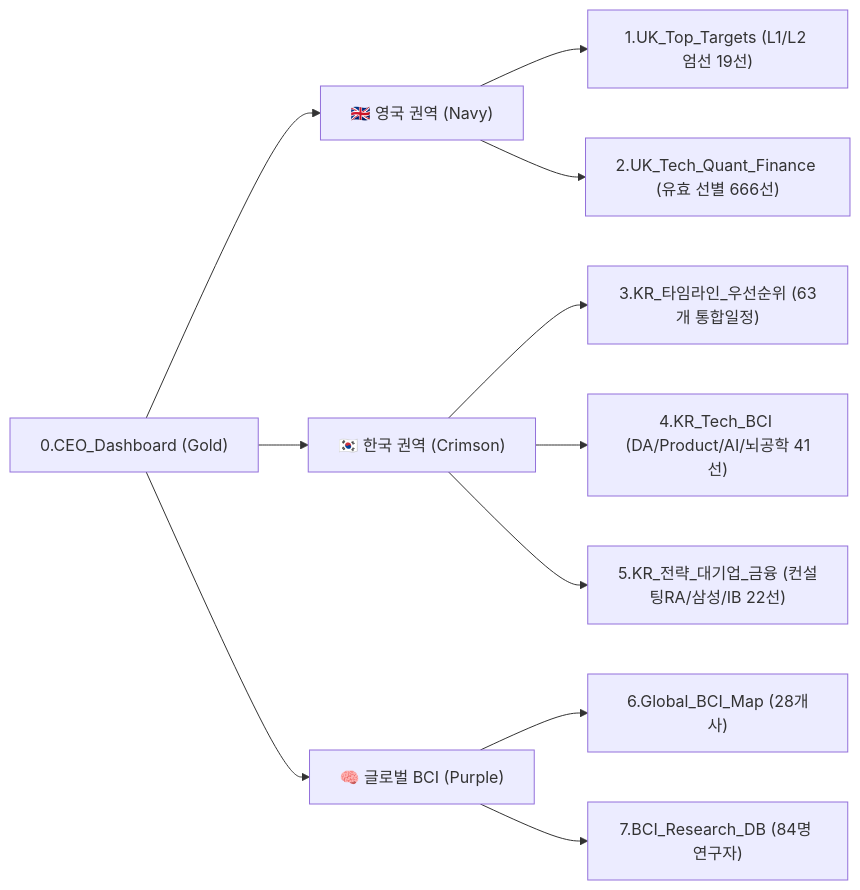
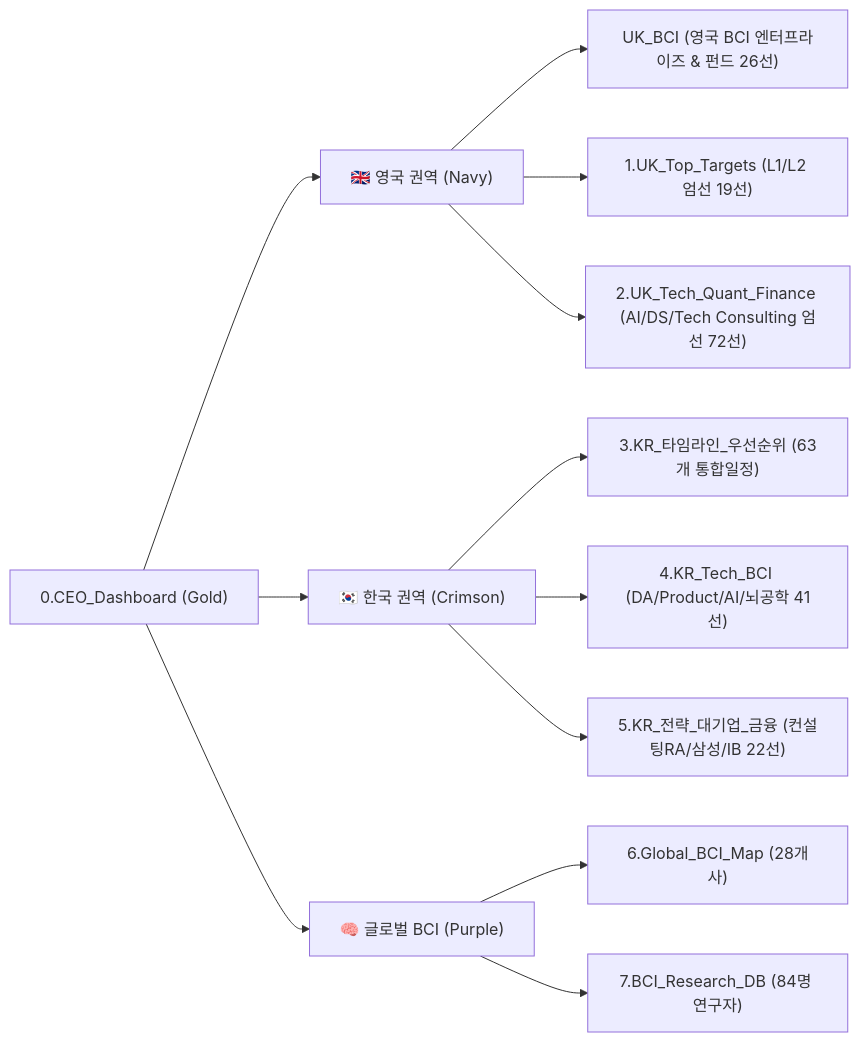
Before and after one commit to canadaofbin-netizen/Internship-Dashboard: the diagram in 00_CEO_Control_Tower/README.md, drawn with Mermaid. The commit also changed other lines of this file and 28 other files, not shown here.

````diff
--- a/00_CEO_Control_Tower/README.md
+++ b/00_CEO_Control_Tower/README.md
@@ -10,16 +10,17 @@
 ```mermaid
 graph LR
     CEO["0.CEO_Dashboard (Gold)"] --> UK["🇬🇧 영국 권역 (Navy)"]
     CEO --> KR["🇰🇷 한국 권역 (Crimson)"]
     CEO --> BCI["🧠 글로벌 BCI (Purple)"]
     
-    UK --> UK1["1.UK_Top_Targets (L1/L2 엄선 19선)"]
-    UK --> UK2["2.UK_Tech_Quant_Finance (유효 선별 666선)"]
+    UK --> UK1["UK_BCI (영국 BCI 엔터프라이즈 & 펀드 26선)"]
+    UK --> UK2["1.UK_Top_Targets (L1/L2 엄선 19선)"]
+    UK --> UK3["2.UK_Tech_Quant_Finance (AI/DS/Tech Consulting 엄선 72선)"]
     
     KR --> KR1["3.KR_타임라인_우선순위 (63개 통합일정)"]
     KR --> KR2["4.KR_Tech_BCI (DA/Product/AI/뇌공학 41선)"]
     KR --> KR3["5.KR_전략_대기업_금융 (컨설팅RA/삼성/IB 22선)"]
     
     BCI --> BCI1["6.Global_BCI_Map (28개사)"]
     BCI --> BCI2["7.BCI_Research_DB (84명 연구자)"]
 ```
````
